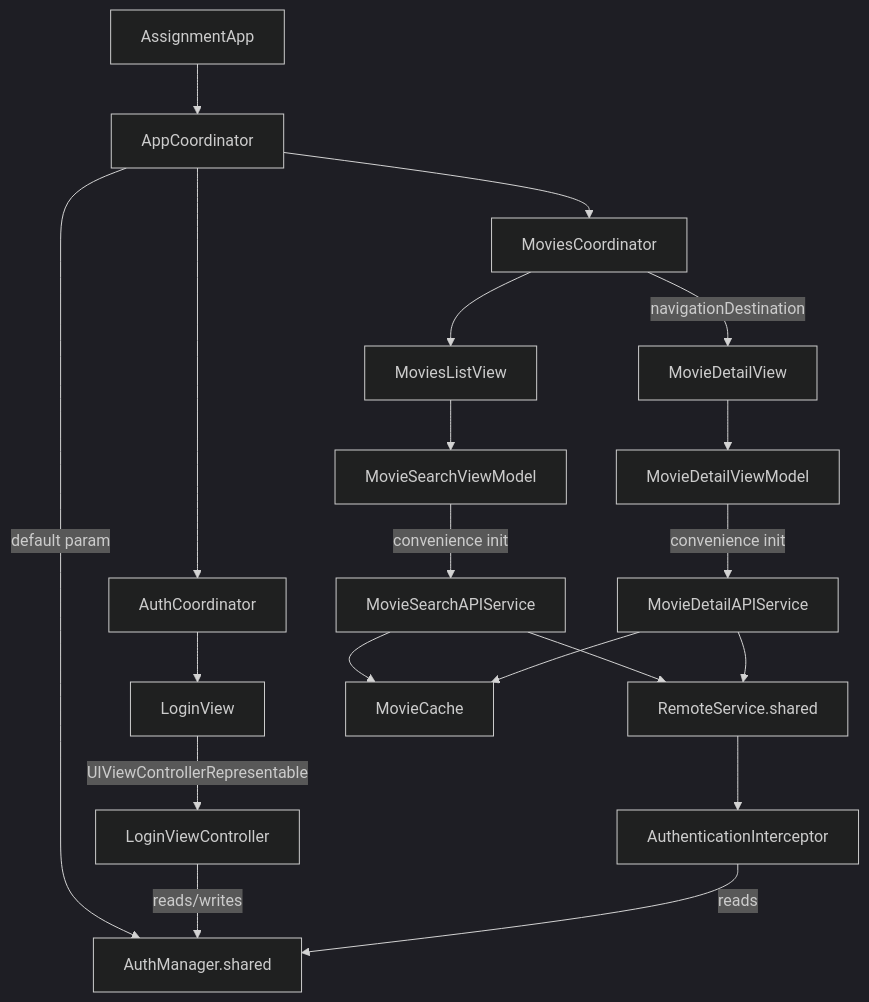
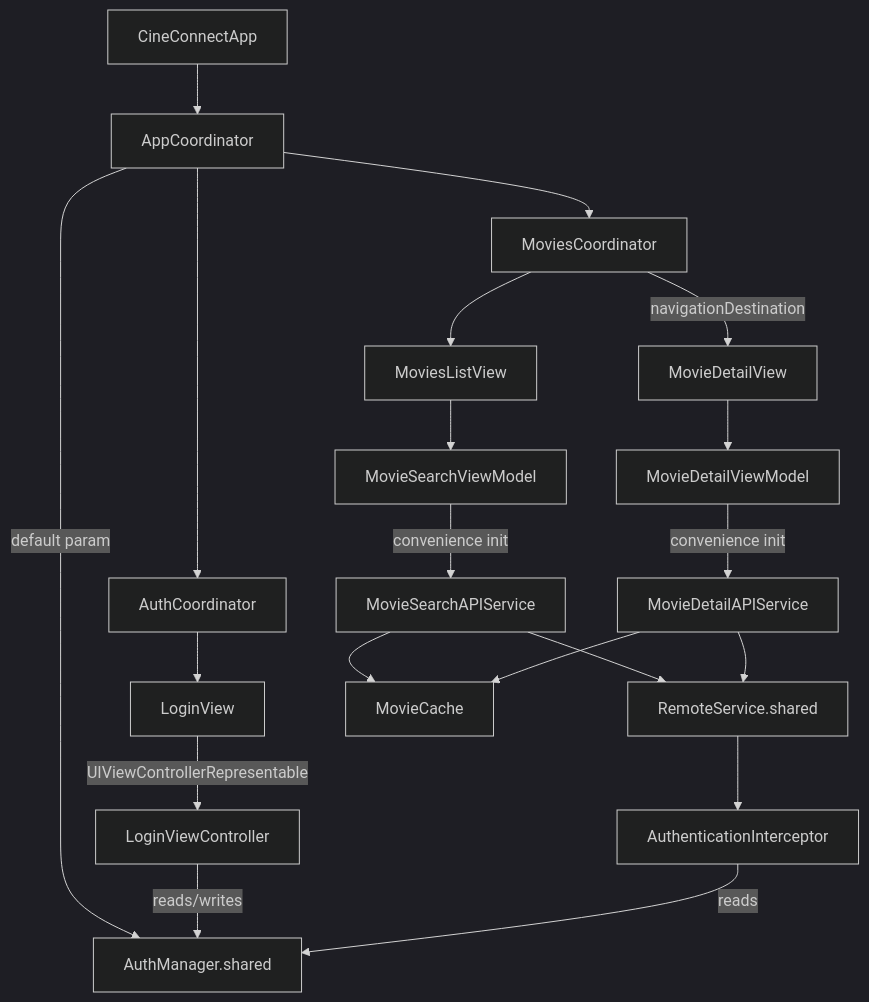
Before and after one commit to Alenroyfeild/CineConnect: the diagram in docs/ARCHITECTURE_REFACTOR_PLAN.md, drawn with Mermaid (dark theme). The commit also changed other lines of this file and 151 other files, not shown here.

First line of the commit message:
chore: rename Assignment -> CineConnect across project, tests, docs, and CI (Phase 9b)

````diff
--- a/docs/ARCHITECTURE_REFACTOR_PLAN.md
+++ b/docs/ARCHITECTURE_REFACTOR_PLAN.md
@@ -157,22 +157,22 @@
 ```mermaid
 graph TD
-    App[AssignmentApp] --> AppCoord[AppCoordinator]
+    App[CineConnectApp] --> AppCoord[AppCoordinator]
     AppCoord --> AuthCoord[AuthCoordinator]
     AppCoord --> MoviesCoord[MoviesCoordinator]
     AppCoord -->|default param| AuthMgrShared[AuthManager.shared]
     AuthCoord --> LoginView
     LoginView -->|UIViewControllerRepresentable| LoginVC[LoginViewController]
     LoginVC -->|reads/writes| AuthMgrShared
     MoviesCoord --> MoviesListView
     MoviesCoord -->|navigationDestination| MovieDetailView
     MoviesListView --> SearchVM[MovieSearchViewModel]
     MovieDetailView --> DetailVM[MovieDetailViewModel]
     SearchVM -->|convenience init| SearchAPI[MovieSearchAPIService]
     DetailVM -->|convenience init| DetailAPI[MovieDetailAPIService]
     SearchAPI --> RemoteShared[RemoteService.shared]
     DetailAPI --> RemoteShared
     SearchAPI --> MovieCache
     DetailAPI --> MovieCache
     RemoteShared --> AuthInterceptor[AuthenticationInterceptor]
     AuthInterceptor -->|reads| AuthMgrShared
 ```
````
